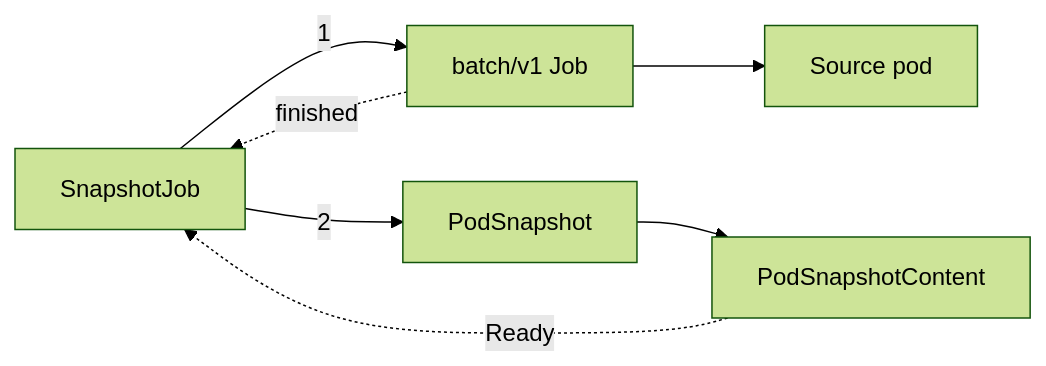
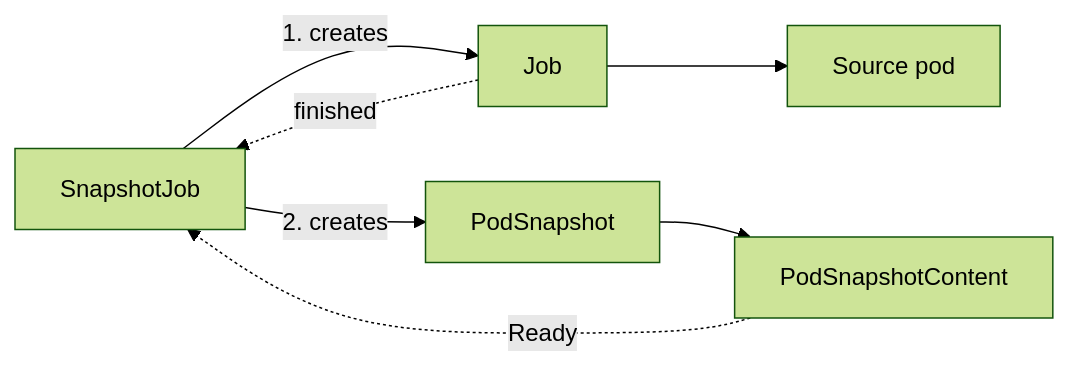
Before and after one commit to ai-dynamo/snapshot: the second of 2 diagrams in docs/reference/architecture/control-plane.md, drawn with Mermaid (forest theme). The commit also changed other lines of this file and 5 other files, not shown here.

First line of the commit message:
docs(architecture): lead each page with the big picture and define terms

````diff
--- a/docs/reference/architecture/control-plane.md
+++ b/docs/reference/architecture/control-plane.md
@@ -131,9 +102,9 @@
 ```mermaid
 flowchart LR
-    SJ["SnapshotJob"] -->|1| Job["batch/v1 Job"]
+    SJ["SnapshotJob"] -->|1. creates| Job["Job"]
     Job --> Pod["Source pod"]
-    SJ -->|2| PS["PodSnapshot"]
+    SJ -->|2. creates| PS["PodSnapshot"]
     PS --> PSC["PodSnapshotContent"]
     PSC -.->|Ready| SJ
     Job -.->|finished| SJ
 ```
````
